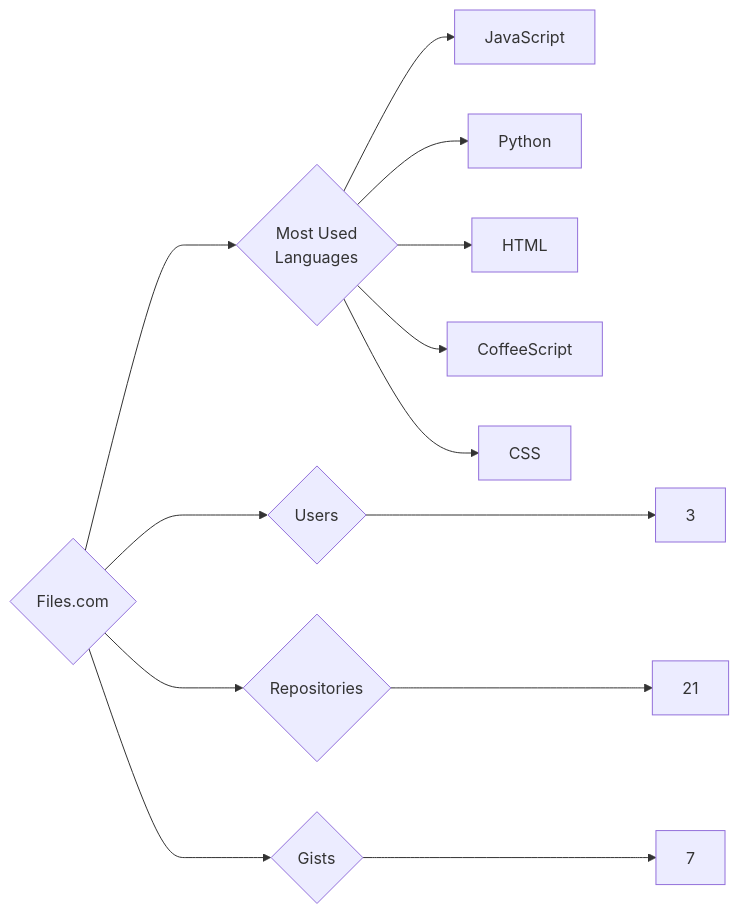
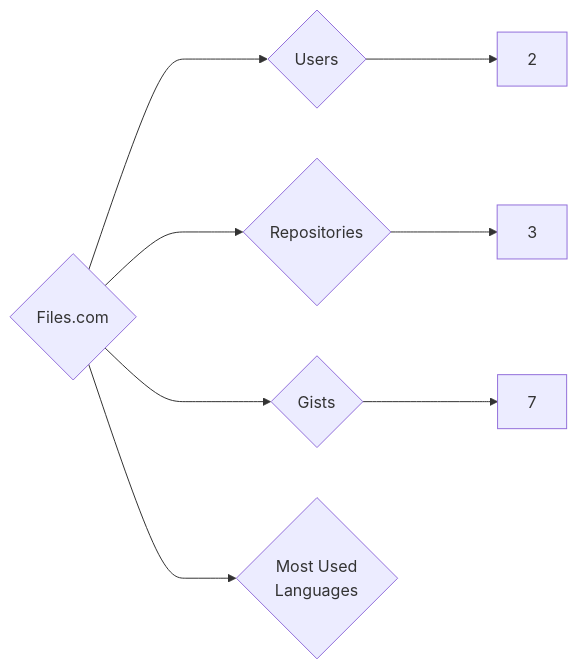
Before and after one commit to trickest/insiders: the diagram in targets/Files.com/README.md, drawn with Mermaid. The commit also changed 745 other files, not shown here.

````diff
--- a/targets/Files.com/README.md
+++ b/targets/Files.com/README.md
@@ -3,13 +3,8 @@
 ```mermaid
 graph LR
 COMPANY_NAME{Files.com}
-COMPANY_NAME ---> U{Users} ---> UN[3]
-COMPANY_NAME ---> R{Repositories} ---> RN[21]
+COMPANY_NAME ---> U{Users} ---> UN[2]
+COMPANY_NAME ---> R{Repositories} ---> RN[3]
 COMPANY_NAME ---> G{Gists} ---> GN[7]
 COMPANY_NAME ---> ML{Most Used<br>Languages}
-ML --> JavaScript[JavaScript]
-ML --> Python[Python]
-ML --> HTML[HTML]
-ML --> CoffeeScript[CoffeeScript]
-ML --> CSS[CSS]
 ```
````
